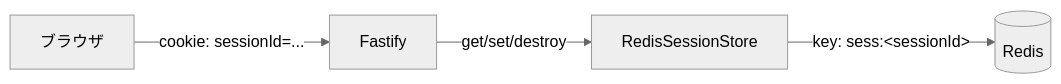
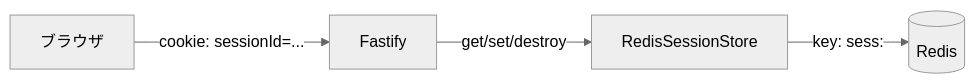
Before and after one commit to NAKANO8/todo_app: the first of 2 diagrams in docs/wiki/Authentication-and-Sessions.ja.md, drawn with Mermaid (neutral theme). The commit also changed other lines of this file and 1 other file, not shown here.

First line of the commit message:
docs: fix broken mermaid diagram in Authentication-and-Sessions

````diff
--- a/docs/wiki/Authentication-and-Sessions.ja.md
+++ b/docs/wiki/Authentication-and-Sessions.ja.md
@@ -44,6 +44,6 @@
 ```mermaid
 flowchart LR
     Browser[ブラウザ] -->|"cookie: sessionId=..."| Fastify
     Fastify -->|get/set/destroy| RedisSessionStore
-    RedisSessionStore -->|"key: sess:&lt;sessionId&gt;"| Redis[(Redis)]
+    RedisSessionStore -->|"key: sess:<sessionId>"| Redis[(Redis)]
 ```
````
